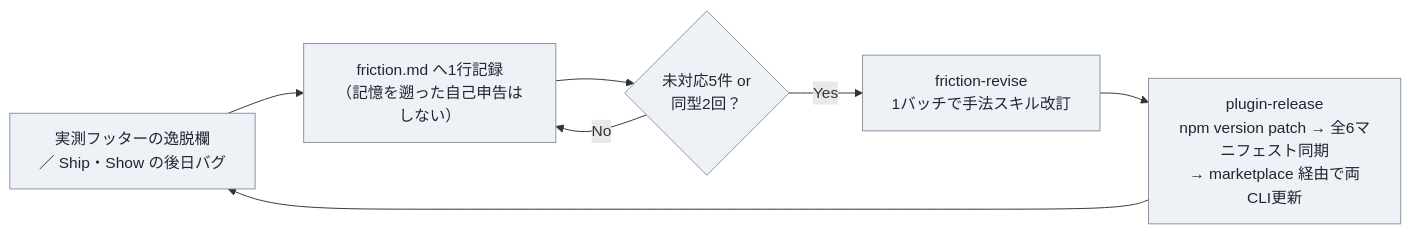
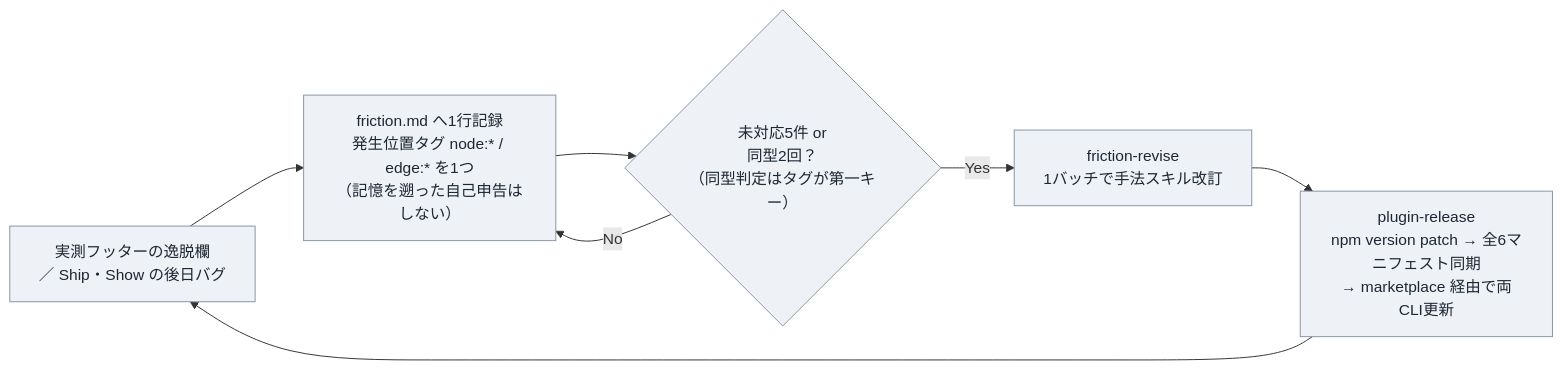
One commit to mizulba-dev/dev-method changed the sixth of 6 diagrams in DEV_FLOW.md. Above: the diagram before and after it, drawn with Mermaid. The commit also changed other lines of this file and 4 other files, not shown here.

First line of the commit message:
friction ログに発生位置タグ（node/edge）を導入

````diff
--- a/DEV_FLOW.md
+++ b/DEV_FLOW.md
@@ -172,11 +172,11 @@
 ```mermaid
 flowchart LR
-  A["実測フッターの逸脱欄<br/>／ Ship・Show の後日バグ"] --> B["friction.md へ1行記録<br/>（記憶を遡った自己申告はしない）"]
-  B --> C{"未対応5件 or<br/>同型2回？"}
+  A["実測フッターの逸脱欄<br/>／ Ship・Show の後日バグ"] --> B["friction.md へ1行記録<br/>発生位置タグ node:* / edge:* を1つ<br/>（記憶を遡った自己申告はしない）"]
+  B --> C{"未対応5件 or<br/>同型2回？<br/>（同型判定はタグが第一キー）"}
   C -->|"Yes"| D["friction-revise<br/>1バッチで手法スキル改訂"]
   C -->|"No"| B
   D --> E["plugin-release<br/>npm version patch → 全6マニフェスト同期<br/>→ marketplace 経由で両CLI更新"]
   E --> A
   classDef loop fill:#EEF1F5,stroke:#8794A3,color:#1D2734
   class A,B,C,D,E loop
 ```
````
